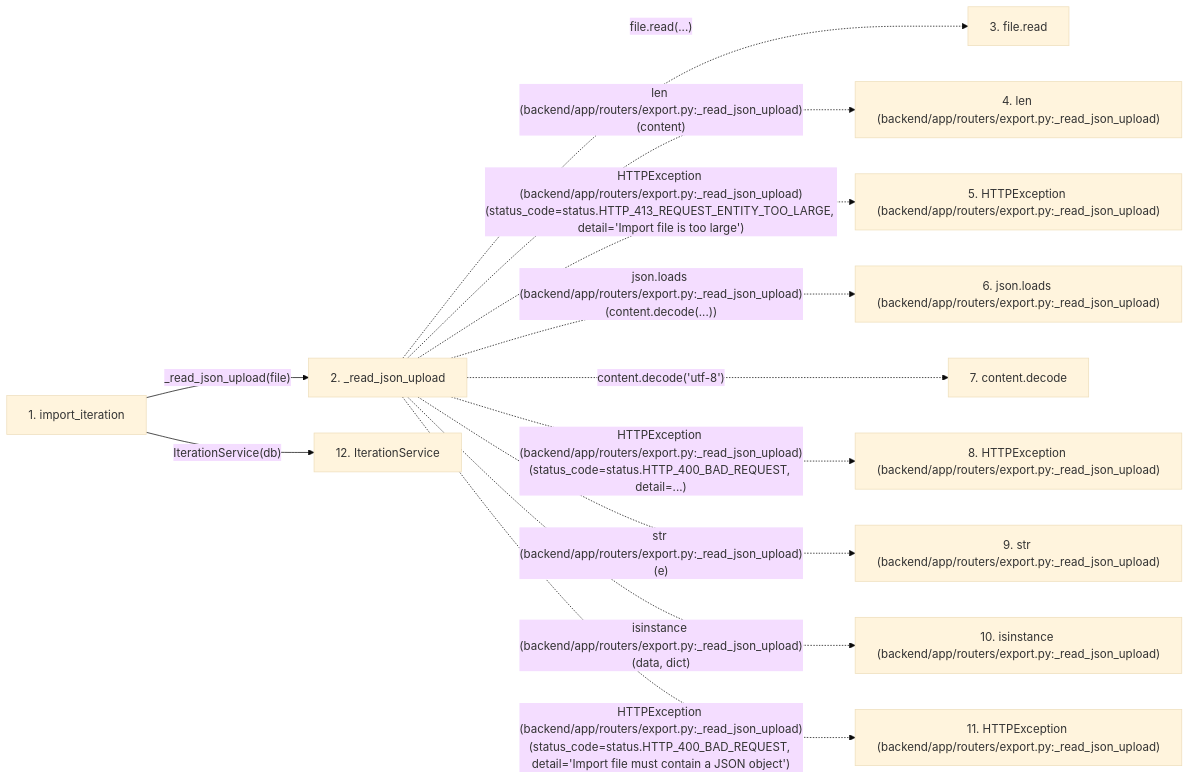
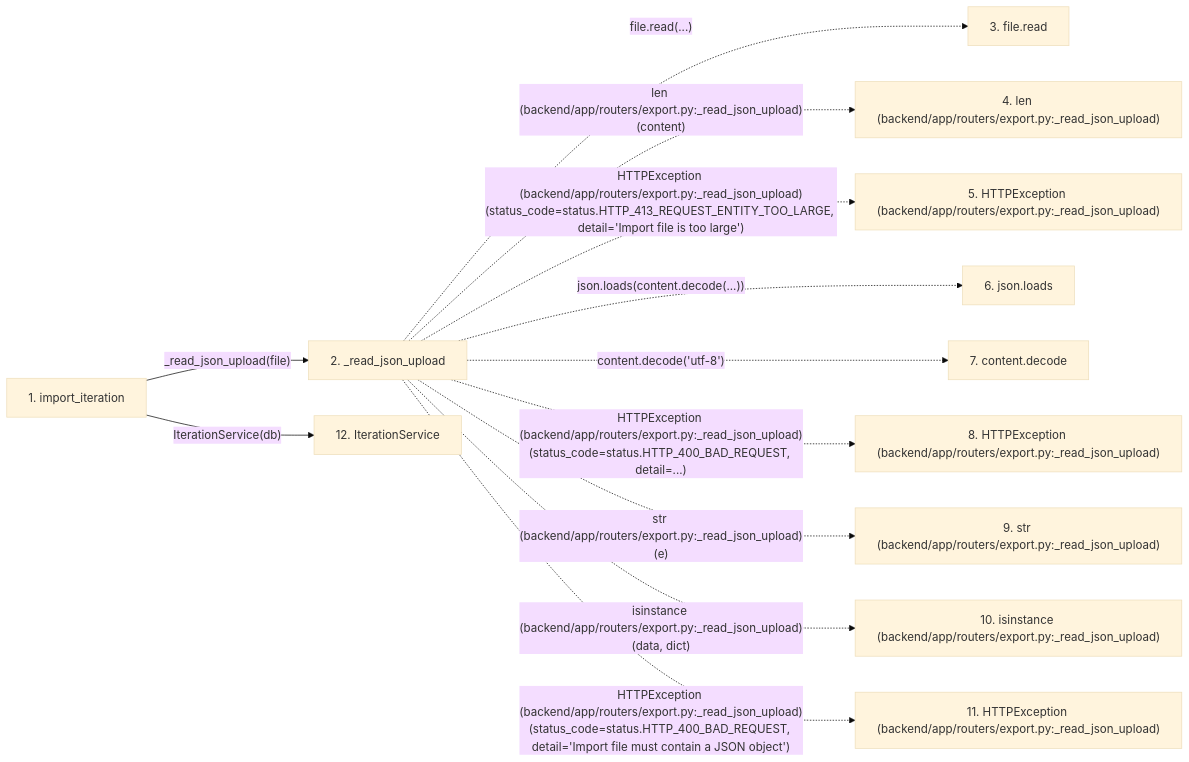
The second of 2 diagrams in docs/llm_wiki/flows/http-import_iteration.md (Denissvgn/WorkChord), drawn with Mermaid (base theme) before and after one commit. The commit also changed other lines of this file and 791 other files, not shown here.

Commit message:
Sync the architectural wiki for the plan-import dry run

````diff
--- a/docs/llm_wiki/flows/http-import_iteration.md
+++ b/docs/llm_wiki/flows/http-import_iteration.md
@@ -168,29 +162,29 @@
 ```mermaid
 flowchart LR
     s1["1. import_iteration"]
     s2["2. _read_json_upload"]
     s3["3. file.read"]
     s4["4. len (backend/app/routers/export.py:_read_json_upload)"]
     s5["5. HTTPException (backend/app/routers/export.py:_read_json_upload)"]
-    s6["6. json.loads (backend/app/routers/export.py:_read_json_upload)"]
+    s6["6. json.loads"]
     s7["7. content.decode"]
     s8["8. HTTPException (backend/app/routers/export.py:_read_json_upload)"]
     s9["9. str (backend/app/routers/export.py:_read_json_upload)"]
     s10["10. isinstance (backend/app/routers/export.py:_read_json_upload)"]
     s11["11. HTTPException (backend/app/routers/export.py:_read_json_upload)"]
     s12["12. IterationService"]
     s1 -->|"_read_json_upload(file)"| s2
     s2 -. "file.read(...)" .-> s3
     s2 -. "len (backend/app/routers/export.py:_read_json_upload)(content)" .-> s4
     s2 -. "HTTPException (backend/app/routers/export.py:_read_json_upload)(status_code=status.HTTP_413_REQUEST_ENTITY_TOO_LARGE, detail='Import file is too large')" .-> s5
-    s2 -. "json.loads (backend/app/routers/export.py:_read_json_upload)(content.decode(...))" .-> s6
+    s2 -. "json.loads(content.decode(...))" .-> s6
     s2 -. "content.decode('utf-8')" .-> s7
     s2 -. "HTTPException (backend/app/routers/export.py:_read_json_upload)(status_code=status.HTTP_400_BAD_REQUEST, detail=...)" .-> s8
     s2 -. "str (backend/app/routers/export.py:_read_json_upload)(e)" .-> s9
     s2 -. "isinstance (backend/app/routers/export.py:_read_json_upload)(data, dict)" .-> s10
     s2 -. "HTTPException (backend/app/routers/export.py:_read_json_upload)(status_code=status.HTTP_400_BAD_REQUEST, detail='Import file must contain a JSON object')" .-> s11
     s1 -->|"IterationService(db)"| s12
     click s1 "../modules/export.md"
     click s2 "../modules/export.md"
     click s12 "../modules/iteration_service.md"
 ```
````
